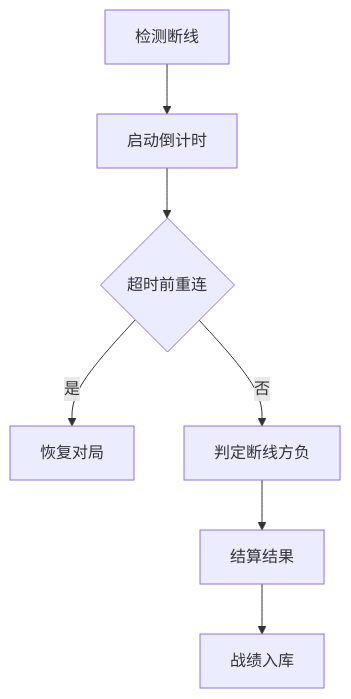
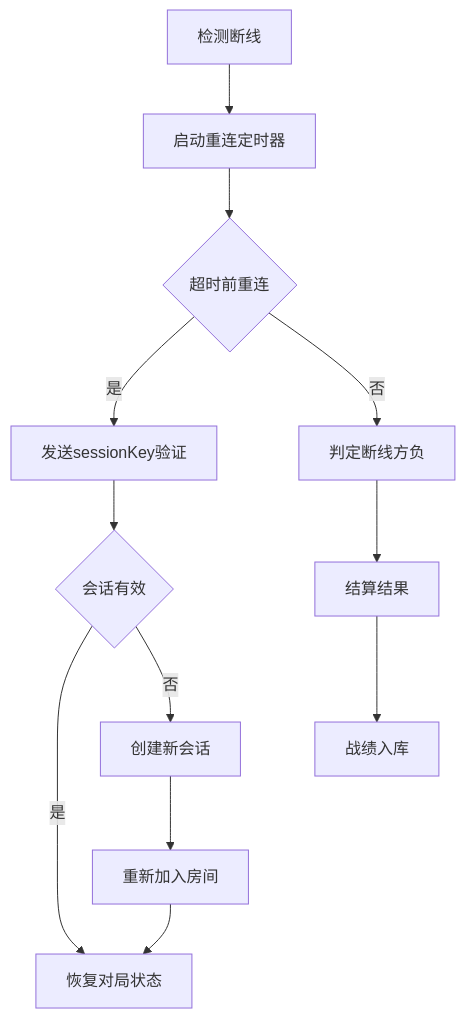
The second of 3 diagrams in docs/PRD.md (yznn007/Gomatch), drawn with Mermaid before and after one commit. The commit also changed other lines of this file and 1 other file, not shown here.

````diff
--- a/docs/PRD.md
+++ b/docs/PRD.md
@@ -71,9 +113,14 @@
 ```mermaid
 flowchart TD
-    A[检测断线] --> B[启动倒计时]
+    A[检测断线] --> B[启动重连定时器]
     B --> C{超时前重连}
-    C -->|是| D[恢复对局]
-    C -->|否| E[判定断线方负]
-    E --> F[结算结果]
-    F --> G[战绩入库]
+    C -->|是| D[发送sessionKey验证]
+    D --> E{会话有效}
+    E -->|是| F[恢复对局状态]
+    E -->|否| G[创建新会话]
+    G --> H[重新加入房间]
+    H --> F
+    C -->|否| I[判定断线方负]
+    I --> J[结算结果]
+    J --> K[战绩入库]
 ```
````
